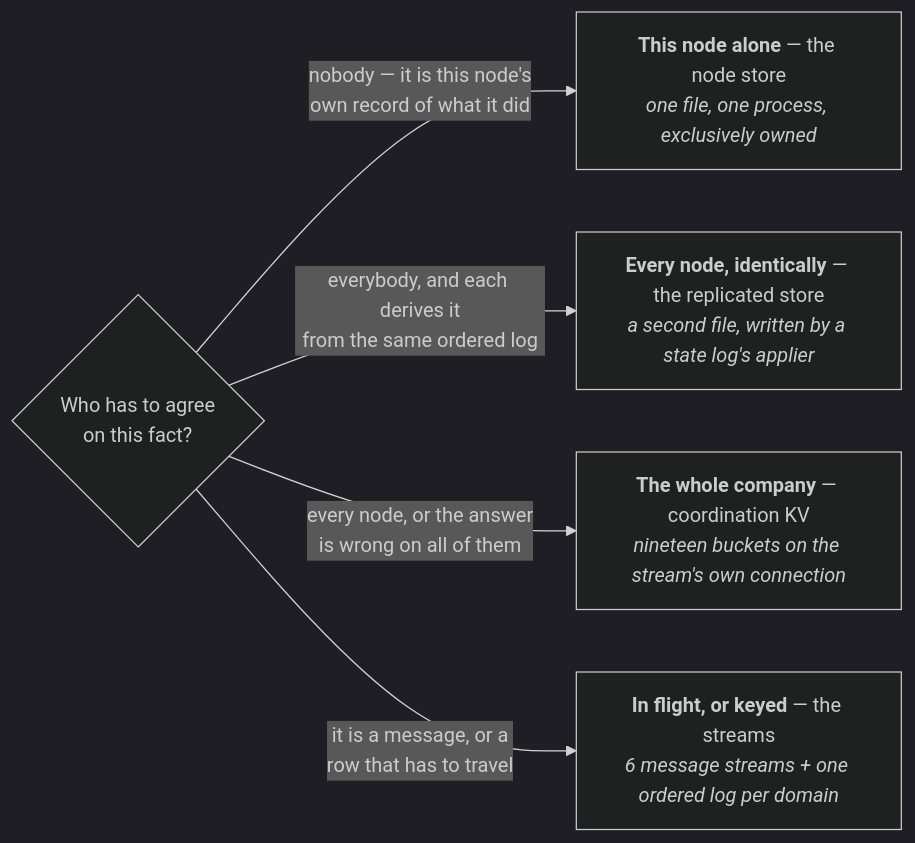
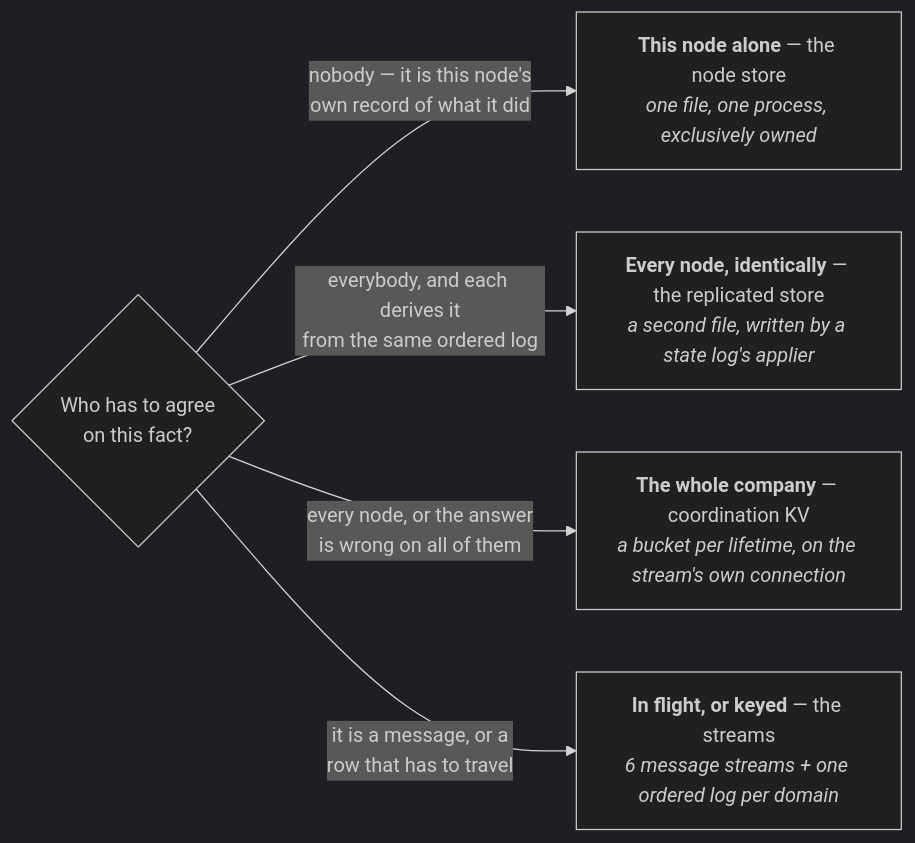
Before and after one commit to crewlet/crewlet: the ninth of 10 diagrams in docs/concepts/architecture.md, drawn with Mermaid (dark theme). The commit also changed 4 other files, not shown here.

````diff
--- a/docs/concepts/architecture.md
+++ b/docs/concepts/architecture.md
@@ -505,13 +505,13 @@
 ```mermaid
 flowchart LR
     Q{"Who has to agree<br/>on this fact?"}
     LOCAL["<b>This node alone</b> — the node store<br/><i>one file, one process, exclusively owned</i>"]
     DERIVED["<b>Every node, identically</b> — the replicated store<br/><i>a second file, written by a state log's applier</i>"]
-    FLEET["<b>The whole company</b> — coordination KV<br/><i>nineteen buckets on the stream's own connection</i>"]
+    FLEET["<b>The whole company</b> — coordination KV<br/><i>a bucket per lifetime, on the stream's own connection</i>"]
     STREAM["<b>In flight, or keyed</b> — the streams<br/><i>6 message streams + one ordered log per domain</i>"]
 
     Q -->|"nobody — it is this node's<br/>own record of what it did"| LOCAL
     Q -->|"everybody, and each derives it<br/>from the same ordered log"| DERIVED
     Q -->|"every node, or the answer<br/>is wrong on all of them"| FLEET
     Q -->|"it is a message, or a<br/>row that has to travel"| STREAM
 ```
````
